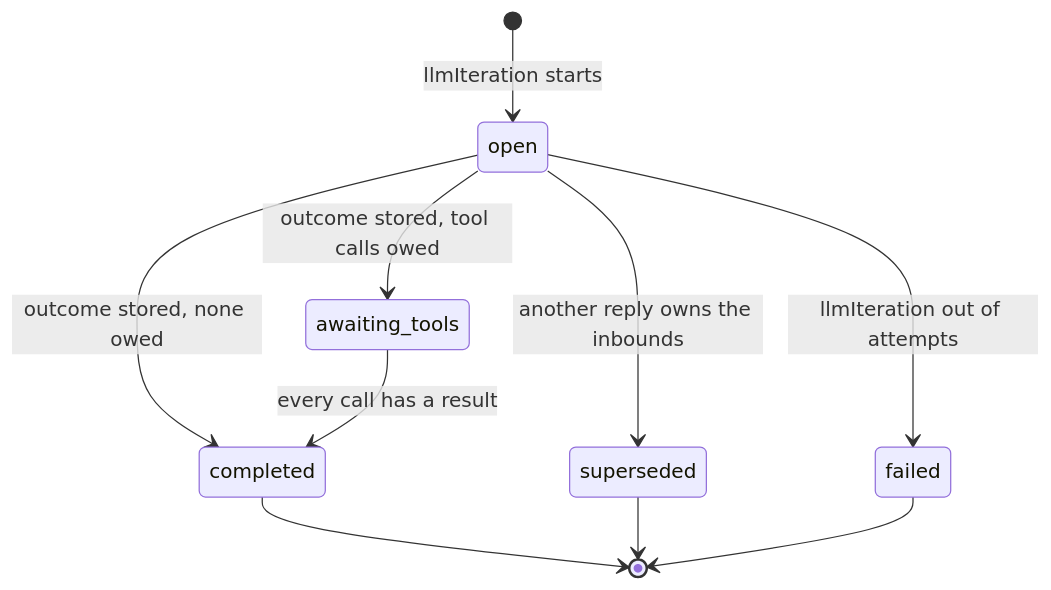
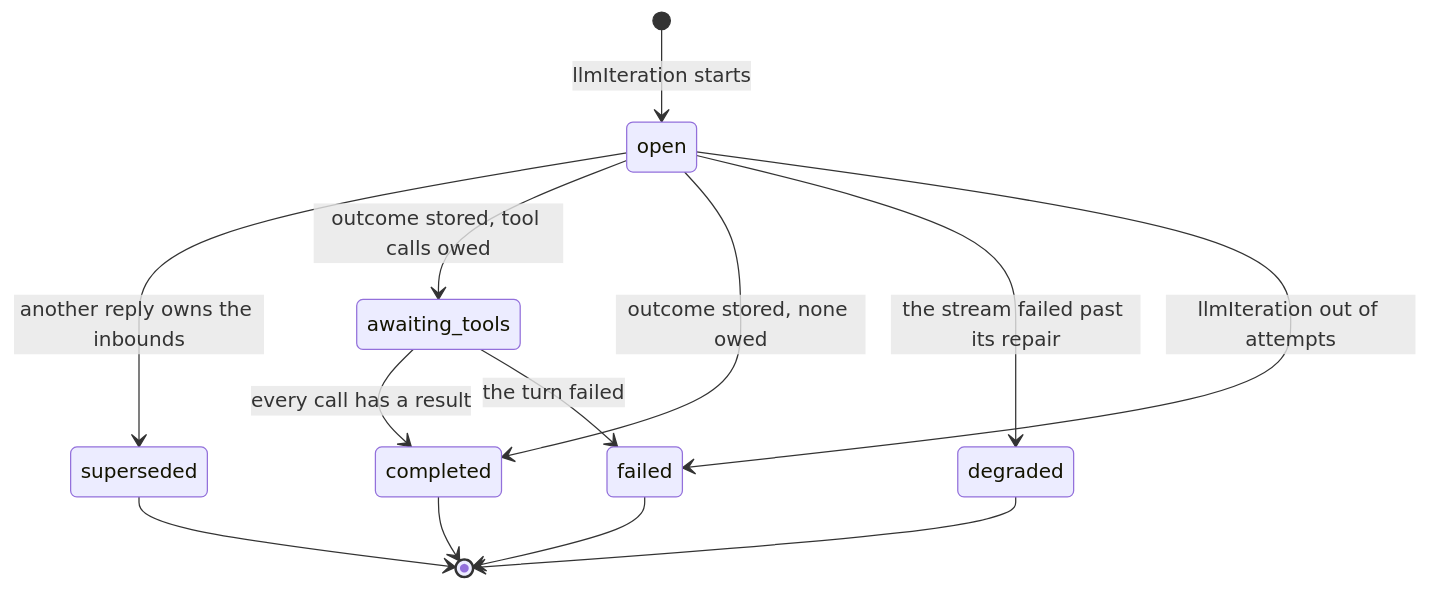
The fourth of 4 diagrams in design/orchestration-temporal.md (iskhakovt/cogmo), drawn with Mermaid before and after one commit. The commit also changed other lines of this file and 1 other file, not shown here.

````diff
--- a/design/orchestration-temporal.md
+++ b/design/orchestration-temporal.md
@@ -375,12 +429,15 @@
 ```mermaid
 stateDiagram-v2
   [*] --> open: llmIteration starts
   open --> superseded: another reply owns the inbounds
   open --> awaiting_tools: outcome stored, tool calls owed
   open --> completed: outcome stored, none owed
+  open --> degraded: the stream failed past its repair
   awaiting_tools --> completed: every call has a result
   open --> failed: llmIteration out of attempts
+  awaiting_tools --> failed: the turn failed
   completed --> [*]
+  degraded --> [*]
   superseded --> [*]
   failed --> [*]
 ```
````
